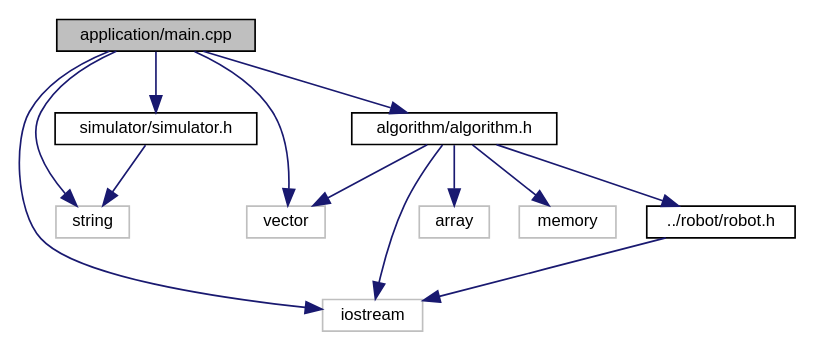
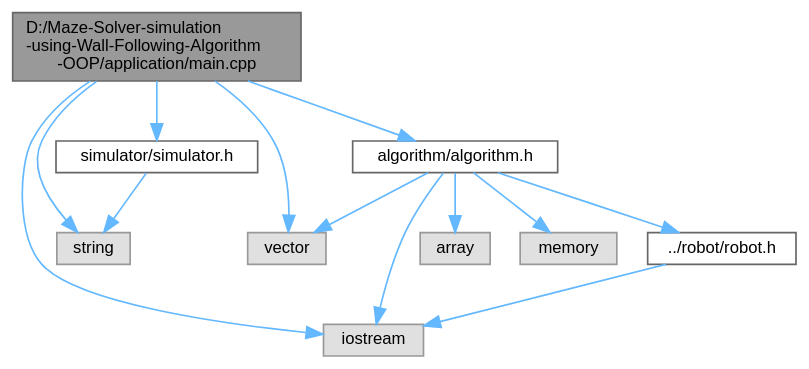
One commit to darshit-desai/Maze-Solver-simulation-using-Wall-Following-Algorithm-OOP changed the diagram in docs/main_8cpp__incl.dot. Above: the diagram before and after it, drawn with Graphviz. The commit also changed 381 other files, not shown here.

```diff
--- a/docs/main_8cpp__incl.dot
+++ b/docs/main_8cpp__incl.dot
@@ -1,27 +1,28 @@
-digraph "application/main.cpp"
+digraph "D:/Maze-Solver-simulation-using-Wall-Following-Algorithm-OOP/application/main.cpp"
 {
  // LATEX_PDF_SIZE
-  edge [fontname="Helvetica",fontsize="10",labelfontname="Helvetica",labelfontsize="10"];
-  node [fontname="Helvetica",fontsize="10",shape=record];
-  Node1 [label="application/main.cpp",height=0.2,width=0.4,color="black", fillcolor="grey75", style="filled", fontcolor="black",tooltip="This is the main class which is built in the Simulator and used to call all other classes."];
-  Node1 -> Node2 [color="midnightblue",fontsize="10",style="solid",fontname="Helvetica"];
-  Node2 [label="iostream",height=0.2,width=0.4,color="grey75", fillcolor="white", style="filled",tooltip=" "];
-  Node1 -> Node3 [color="midnightblue",fontsize="10",style="solid",fontname="Helvetica"];
-  Node3 [label="string",height=0.2,width=0.4,color="grey75", fillcolor="white", style="filled",tooltip=" "];
-  Node1 -> Node4 [color="midnightblue",fontsize="10",style="solid",fontname="Helvetica"];
-  Node4 [label="vector",height=0.2,width=0.4,color="grey75", fillcolor="white", style="filled",tooltip=" "];
-  Node1 -> Node5 [color="midnightblue",fontsize="10",style="solid",fontname="Helvetica"];
-  Node5 [label="algorithm/algorithm.h",height=0.2,width=0.4,color="black", fillcolor="white", style="filled",URL="$algorithm_8h.html",tooltip="This file contains the implementation details for algorithm class."];
-  Node5 -> Node2 [color="midnightblue",fontsize="10",style="solid",fontname="Helvetica"];
-  Node5 -> Node6 [color="midnightblue",fontsize="10",style="solid",fontname="Helvetica"];
-  Node6 [label="array",height=0.2,width=0.4,color="grey75", fillcolor="white", style="filled",tooltip=" "];
-  Node5 -> Node7 [color="midnightblue",fontsize="10",style="solid",fontname="Helvetica"];
-  Node7 [label="memory",height=0.2,width=0.4,color="grey75", fillcolor="white", style="filled",tooltip=" "];
-  Node5 -> Node4 [color="midnightblue",fontsize="10",style="solid",fontname="Helvetica"];
-  Node5 -> Node8 [color="midnightblue",fontsize="10",style="solid",fontname="Helvetica"];
-  Node8 [label="../robot/robot.h",height=0.2,width=0.4,color="black", fillcolor="white", style="filled",URL="$robot_8h.html",tooltip="This class is used to drive the robot based on its position and orientation."];
-  Node8 -> Node2 [color="midnightblue",fontsize="10",style="solid",fontname="Helvetica"];
-  Node1 -> Node9 [color="midnightblue",fontsize="10",style="solid",fontname="Helvetica"];
-  Node9 [label="simulator/simulator.h",height=0.2,width=0.4,color="black", fillcolor="white", style="filled",URL="$simulator_8h.html",tooltip="Functions to control the robot and get information on the maze."];
-  Node9 -> Node3 [color="midnightblue",fontsize="10",style="solid",fontname="Helvetica"];
+  bgcolor="transparent";
+  edge [fontname=Helvetica,fontsize=10,labelfontname=Helvetica,labelfontsize=10];
+  node [fontname=Helvetica,fontsize=10,shape=box,height=0.2,width=0.4];
+  Node1 [id="Node000001",label="D:/Maze-Solver-simulation\l-using-Wall-Following-Algorithm\l-OOP/application/main.cpp",height=0.2,width=0.4,color="gray40", fillcolor="grey60", style="filled", fontcolor="black",tooltip="This is the main class which is built in the Simulator and used to call all other classes."];
+  Node1 -> Node2 [id="edge1_Node000001_Node000002",color="steelblue1",style="solid",tooltip=" "];
+  Node2 [id="Node000002",label="iostream",height=0.2,width=0.4,color="grey60", fillcolor="#E0E0E0", style="filled",tooltip=" "];
+  Node1 -> Node3 [id="edge2_Node000001_Node000003",color="steelblue1",style="solid",tooltip=" "];
+  Node3 [id="Node000003",label="string",height=0.2,width=0.4,color="grey60", fillcolor="#E0E0E0", style="filled",tooltip=" "];
+  Node1 -> Node4 [id="edge3_Node000001_Node000004",color="steelblue1",style="solid",tooltip=" "];
+  Node4 [id="Node000004",label="vector",height=0.2,width=0.4,color="grey60", fillcolor="#E0E0E0", style="filled",tooltip=" "];
+  Node1 -> Node5 [id="edge4_Node000001_Node000005",color="steelblue1",style="solid",tooltip=" "];
+  Node5 [id="Node000005",label="algorithm/algorithm.h",height=0.2,width=0.4,color="grey40", fillcolor="white", style="filled",URL="$algorithm_8h.html",tooltip="This file contains the implementation details for algorithm class."];
+  Node5 -> Node2 [id="edge5_Node000005_Node000002",color="steelblue1",style="solid",tooltip=" "];
+  Node5 -> Node6 [id="edge6_Node000005_Node000006",color="steelblue1",style="solid",tooltip=" "];
+  Node6 [id="Node000006",label="array",height=0.2,width=0.4,color="grey60", fillcolor="#E0E0E0", style="filled",tooltip=" "];
+  Node5 -> Node7 [id="edge7_Node000005_Node000007",color="steelblue1",style="solid",tooltip=" "];
+  Node7 [id="Node000007",label="memory",height=0.2,width=0.4,color="grey60", fillcolor="#E0E0E0", style="filled",tooltip=" "];
+  Node5 -> Node4 [id="edge8_Node000005_Node000004",color="steelblue1",style="solid",tooltip=" "];
+  Node5 -> Node8 [id="edge9_Node000005_Node000008",color="steelblue1",style="solid",tooltip=" "];
+  Node8 [id="Node000008",label="../robot/robot.h",height=0.2,width=0.4,color="grey40", fillcolor="white", style="filled",URL="$robot_8h.html",tooltip="This class is used to drive the robot based on its position and orientation."];
+  Node8 -> Node2 [id="edge10_Node000008_Node000002",color="steelblue1",style="solid",tooltip=" "];
+  Node1 -> Node9 [id="edge11_Node000001_Node000009",color="steelblue1",style="solid",tooltip=" "];
+  Node9 [id="Node000009",label="simulator/simulator.h",height=0.2,width=0.4,color="grey40", fillcolor="white", style="filled",URL="$simulator_8h.html",tooltip="Functions to control the robot and get information on the maze."];
+  Node9 -> Node3 [id="edge12_Node000009_Node000003",color="steelblue1",style="solid",tooltip=" "];
 }
```
